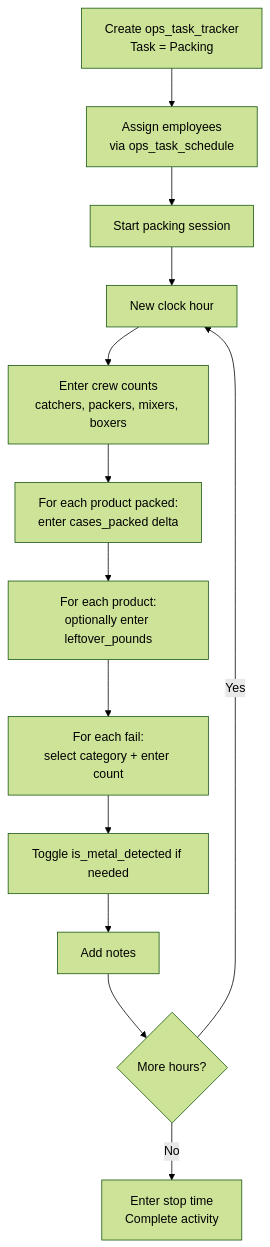
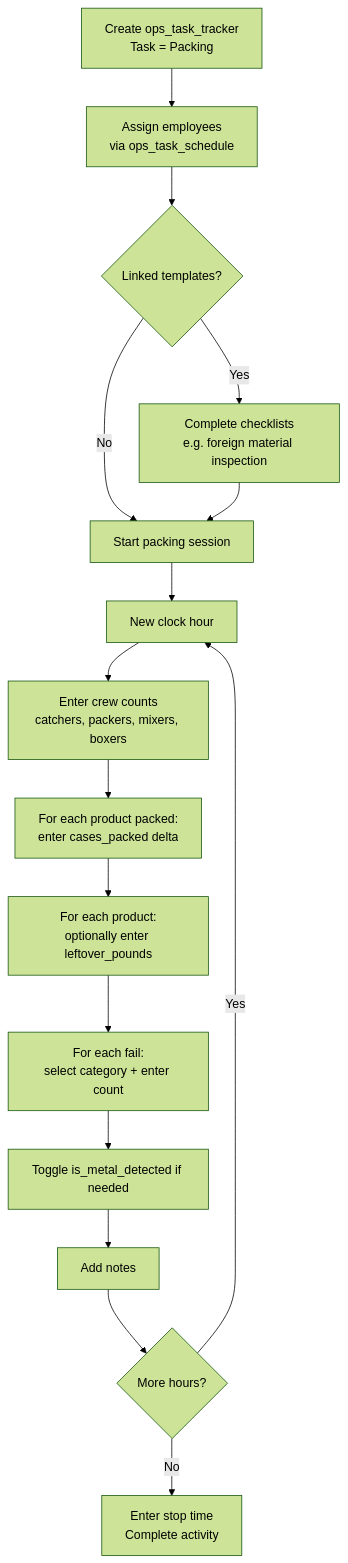
Before and after one commit to Hawaii-Farming/aloha-app: the diagram in docs/processes/20260327_10_pack_productivity_workflow.md, drawn with Mermaid (forest theme). The commit also changed other lines of this file, not shown here.

````diff
--- a/docs/processes/20260327_10_pack_productivity_workflow.md
+++ b/docs/processes/20260327_10_pack_productivity_workflow.md
@@ -60,15 +65,18 @@
 ```mermaid
 flowchart TD
     A[Create ops_task_tracker\nTask = Packing] --> A1[Assign employees\nvia ops_task_schedule]
-    A1 --> B[Start packing session]
+    A1 --> A2{Linked templates?}
+    A2 -->|Yes| A3[Complete checklists\ne.g. foreign material inspection]
+    A2 -->|No| B
+    A3 --> B[Start packing session]
     B --> C[New clock hour]
     C --> D[Enter crew counts\ncatchers, packers, mixers, boxers]
     D --> E[For each product packed:\nenter cases_packed delta]
     E --> F[For each product:\noptionally enter leftover_pounds]
     F --> G[For each fail:\nselect category + enter count]
     G --> H[Toggle is_metal_detected if needed]
     H --> I[Add notes]
     I --> J{More hours?}
     J -->|Yes| C
     J -->|No| K[Enter stop time\nComplete activity]
 ```
````
